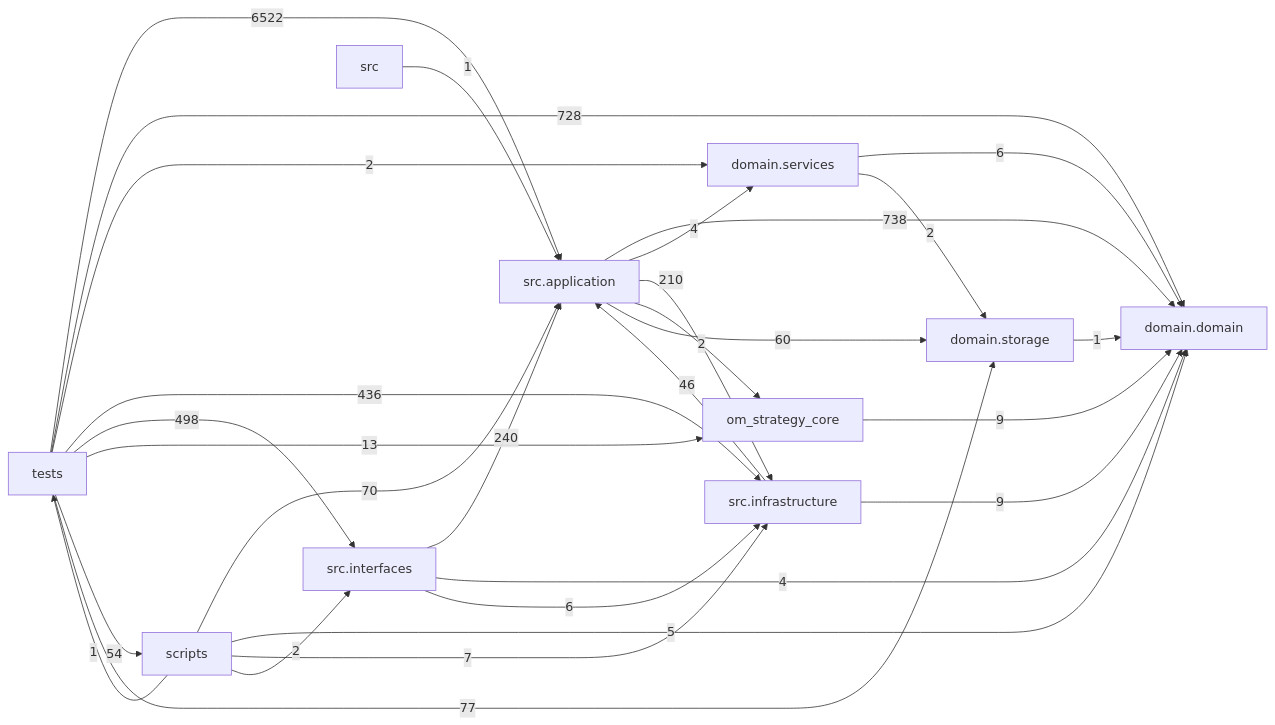
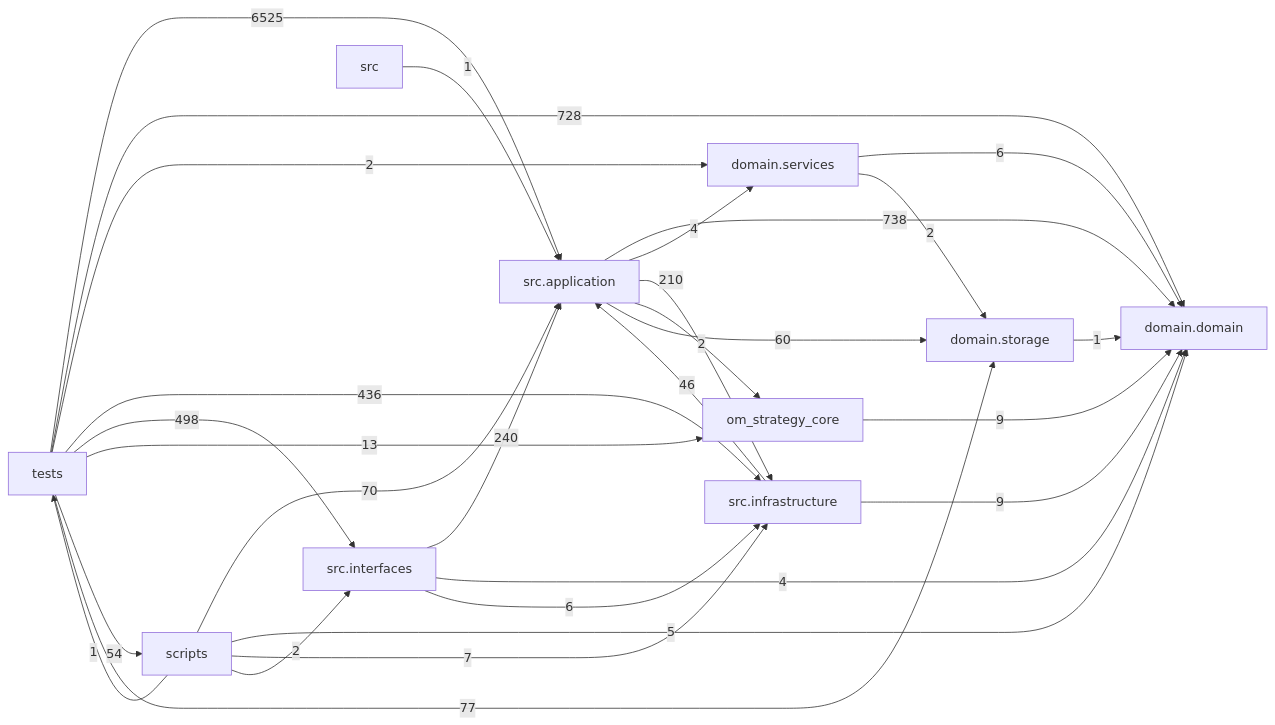
Before and after one commit to liuxie066/options-monitor: the diagram in docs/DEPENDENCY_GRAPH.md, drawn with Mermaid. The commit also changed other lines of this file and 4 other files, not shown here.

````diff
--- a/docs/DEPENDENCY_GRAPH.md
+++ b/docs/DEPENDENCY_GRAPH.md
@@ -24,39 +24,39 @@
 ```mermaid
 flowchart LR
   tests["tests"]
   scripts["scripts"]
   interfaces["src.interfaces"]
   application["src.application"]
   infrastructure["src.infrastructure"]
   domain_services["domain.services"]
   domain["domain.domain"]
   storage["domain.storage"]
   application -->|738| domain
   application -->|4| domain_services
   application -->|210| infrastructure
   application -->|2| om_strategy_core
   application -->|60| storage
   domain_services -->|6| domain
   domain_services -->|2| storage
   infrastructure -->|46| application
   infrastructure -->|9| domain
   interfaces -->|240| application
   interfaces -->|4| domain
   interfaces -->|6| infrastructure
   om_strategy_core -->|9| domain
   scripts -->|70| application
   scripts -->|5| domain
   scripts -->|7| infrastructure
   scripts -->|2| interfaces
   scripts -->|1| tests
   src -->|1| application
   storage -->|1| domain
-  tests -->|6522| application
+  tests -->|6525| application
   tests -->|728| domain
   tests -->|2| domain_services
   tests -->|436| infrastructure
   tests -->|498| interfaces
   tests -->|13| om_strategy_core
   tests -->|54| scripts
   tests -->|77| storage
 ```
````
